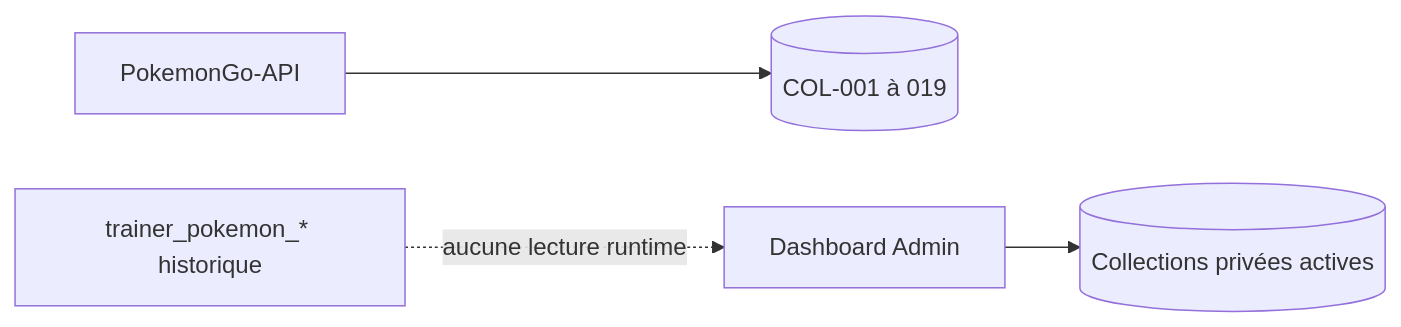
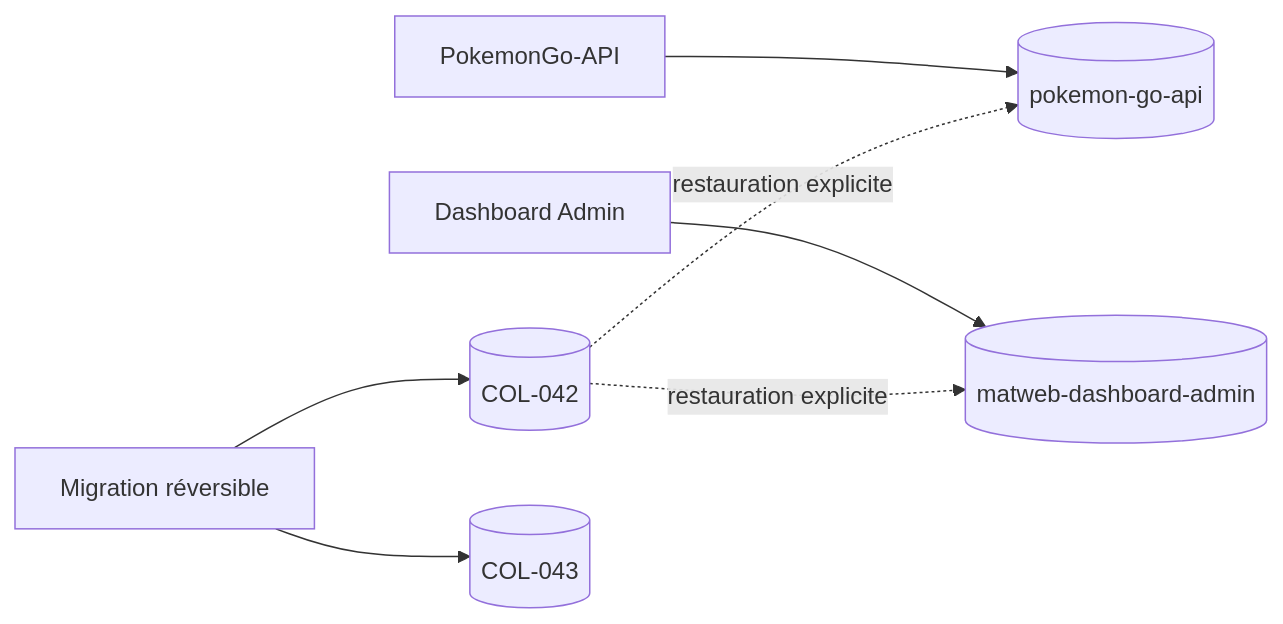
The diagram in docs/Tome 1 — Foundation (Fondations)/DOC-017-mongodb-overview.md (Matthieu-Vachet/dashboard_Admin), drawn with Mermaid before and after one commit. The commit also changed other lines of this file and 40 other files, not shown here.

````diff
--- a/docs/Tome 1 — Foundation (Fondations)/DOC-017-mongodb-overview.md
+++ b/docs/Tome 1 — Foundation (Fondations)/DOC-017-mongodb-overview.md
@@ -66,6 +37,9 @@
 ```mermaid
 flowchart LR
-  API["PokemonGo-API"] --> API_DB[("COL-001 à 019")]
-  DASH["Dashboard Admin"] --> DASH_DB[("Collections privées actives")]
-  LEGACY["trainer_pokemon_* historique"] -. aucune lecture runtime .-> DASH
+  API["PokemonGo-API"] --> API_DB[("pokemon-go-api")]
+  DASH["Dashboard Admin"] --> DASH_DB[("matweb-dashboard-admin")]
+  MIG["Migration réversible"] --> ARCH[("COL-042")]
+  MIG --> MAN[("COL-043")]
+  ARCH -. restauration explicite .-> API_DB
+  ARCH -. restauration explicite .-> DASH_DB
 ```
````
